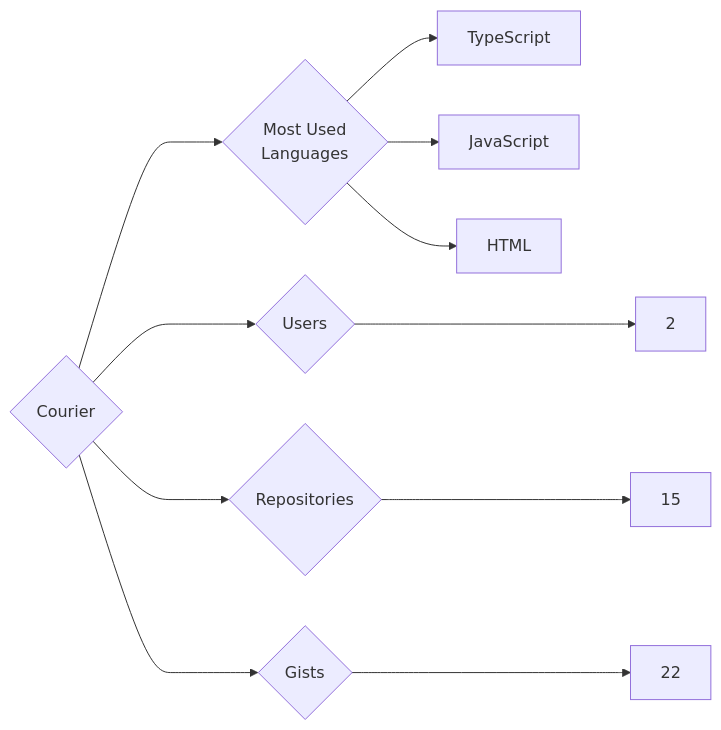
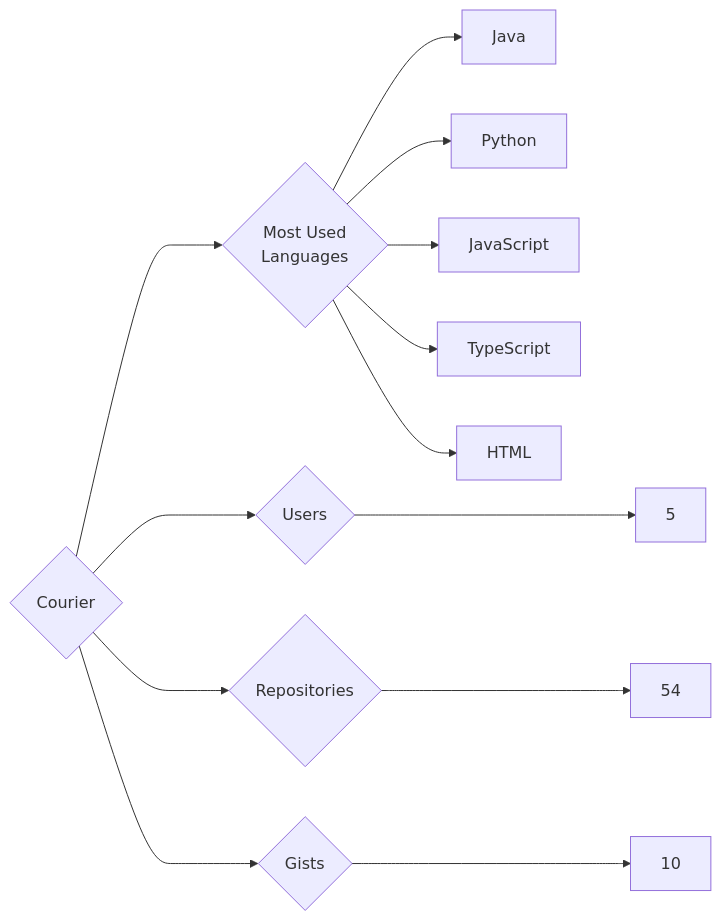
The diagram in targets/Courier/README.md (trickest/insiders), drawn with Mermaid before and after one commit. The commit also changed 1120 other files, not shown here.

````diff
--- a/targets/Courier/README.md
+++ b/targets/Courier/README.md
@@ -3,11 +3,13 @@
 ```mermaid
 graph LR
 COMPANY_NAME{Courier}
-COMPANY_NAME ---> U{Users} ---> UN[2]
-COMPANY_NAME ---> R{Repositories} ---> RN[15]
-COMPANY_NAME ---> G{Gists} ---> GN[22]
+COMPANY_NAME ---> U{Users} ---> UN[5]
+COMPANY_NAME ---> R{Repositories} ---> RN[54]
+COMPANY_NAME ---> G{Gists} ---> GN[10]
 COMPANY_NAME ---> ML{Most Used<br>Languages}
+ML --> Java[Java]
+ML --> Python[Python]
+ML --> JavaScript[JavaScript]
 ML --> TypeScript[TypeScript]
-ML --> JavaScript[JavaScript]
 ML --> HTML[HTML]
 ```
````
